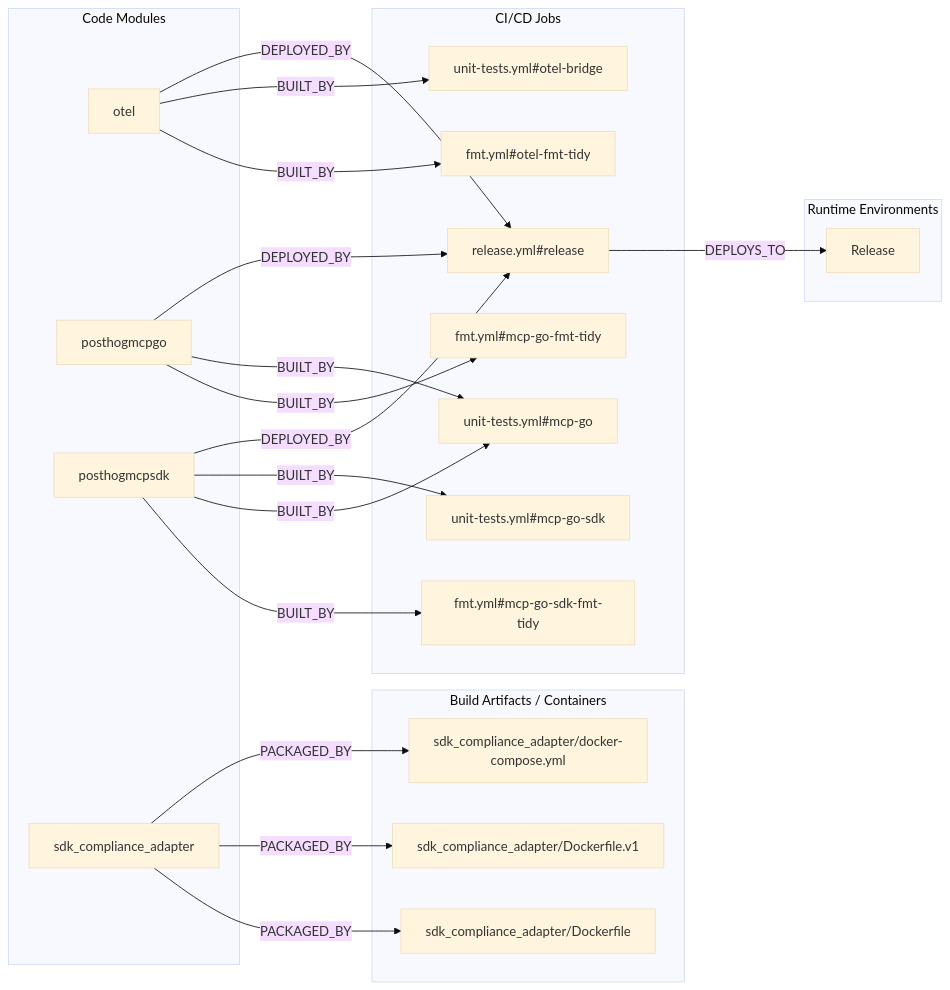
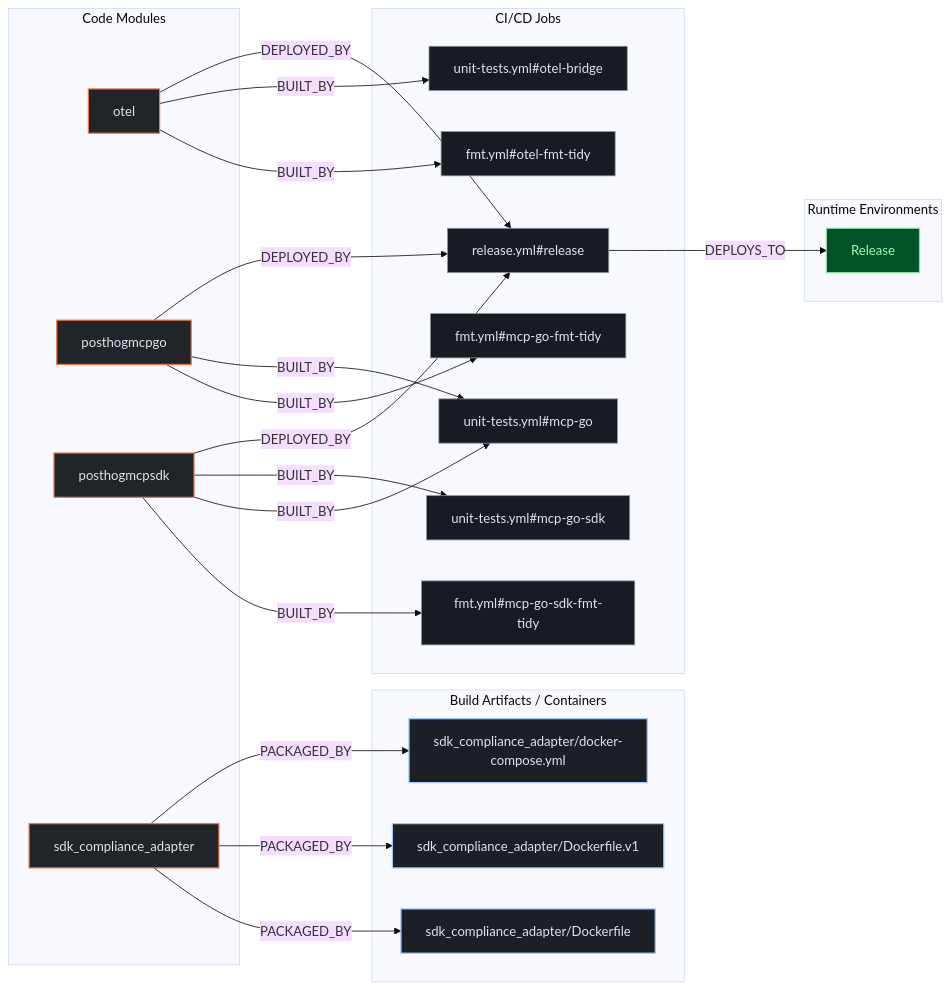
One commit to kumarshaz/atruss-code-atlas changed the second of 3 diagrams in exports/latest/reports/PostHog-posthog-go-report.md. Above: the diagram before and after it, drawn with Mermaid (base theme). The commit also changed other lines of this file and 331 other files, not shown here.

Commit message:
docs,ui,fix: update SDLC docs, reorder CI/CD DAG first, stylize Mermaid, and fix Arc42 pipeline topology

````diff
--- a/exports/latest/reports/PostHog-posthog-go-report.md
+++ b/exports/latest/reports/PostHog-posthog-go-report.md
@@ -204,40 +211,44 @@
 ```mermaid
 flowchart LR
+    classDef atlasCategory fill:#212428,stroke:#E87A48,stroke-width:1.5px,color:#dfe3eb
+    classDef atlasWorkflow fill:#1b2026,stroke:#a3c9ff,stroke-width:1.5px,color:#dfe3eb
+    classDef atlasJob fill:#171c22,stroke:#8d9199,stroke-width:1px,color:#dfe3eb
+    classDef atlasTarget fill:#005227,stroke:#8bd99b,stroke-width:1.5px,color:#a7f6b6
     subgraph code_modules["Code Modules"]
-        mod_otel["otel"]
-        mod_posthogmcpgo["posthogmcpgo"]
-        mod_posthogmcpsdk["posthogmcpsdk"]
-        mod_sdk_compliance_adapter["sdk_compliance_adapter"]
+        mod_otel["otel"]:::atlasCategory
+        mod_posthogmcpgo["posthogmcpgo"]:::atlasCategory
+        mod_posthogmcpsdk["posthogmcpsdk"]:::atlasCategory
+        mod_sdk_compliance_adapter["sdk_compliance_adapter"]:::atlasCategory
     end
     subgraph build_artifacts["Build Artifacts / Containers"]
-        art_sdk_compliance_adapter_Dockerfile["sdk_compliance_adapter/Dockerfile"]
-        art_sdk_compliance_adapter_Dockerfile_v1["sdk_compliance_adapter/Dockerfile.v1"]
-        art_sdk_compliance_adapter_docker_compose_yml["sdk_compliance_adapter/docker-compose.yml"]
+        art_sdk_compliance_adapter_Dockerfile["sdk_compliance_adapter/Dockerfile"]:::atlasWorkflow
+        art_sdk_compliance_adapter_Dockerfile_v1["sdk_compliance_adapter/Dockerfile.v1"]:::atlasWorkflow
+        art_sdk_compliance_adapter_docker_compose_yml["sdk_compliance_adapter/docker-compose.yml"]:::atlasWorkflow
     end
     subgraph ci_jobs["CI/CD Jobs"]
-        job_fmt_yml_mcp_go_fmt_tidy["fmt.yml#mcp-go-fmt-tidy"]
-        job_fmt_yml_mcp_go_sdk_fmt_tidy["fmt.yml#mcp-go-sdk-fmt-tidy"]
-        job_fmt_yml_otel_fmt_tidy["fmt.yml#otel-fmt-tidy"]
-        job_release_yml_release["release.yml#release"]
-        job_unit_tests_yml_mcp_go["unit-tests.yml#mcp-go"]
-        job_unit_tests_yml_mcp_go_sdk["unit-tests.yml#mcp-go-sdk"]
-        job_unit_tests_yml_otel_bridge["unit-tests.yml#otel-bridge"]
+        job_fmt_yml_mcp_go_fmt_tidy["fmt.yml#mcp-go-fmt-tidy"]:::atlasJob
+        job_fmt_yml_mcp_go_sdk_fmt_tidy["fmt.yml#mcp-go-sdk-fmt-tidy"]:::atlasJob
+        job_fmt_yml_otel_fmt_tidy["fmt.yml#otel-fmt-tidy"]:::atlasJob
+        job_release_yml_release["release.yml#release"]:::atlasJob
+        job_unit_tests_yml_mcp_go["unit-tests.yml#mcp-go"]:::atlasJob
+        job_unit_tests_yml_mcp_go_sdk["unit-tests.yml#mcp-go-sdk"]:::atlasJob
+        job_unit_tests_yml_otel_bridge["unit-tests.yml#otel-bridge"]:::atlasJob
     end
     subgraph runtime_envs["Runtime Environments"]
-        env_Release["Release"]
+        env_Release["Release"]:::atlasTarget
     end
     job_release_yml_release -->|DEPLOYS_TO| env_Release
     mod_otel -->|BUILT_BY| job_fmt_yml_otel_fmt_tidy
     mod_otel -->|BUILT_BY| job_unit_tests_yml_otel_bridge
     mod_otel -->|DEPLOYED_BY| job_release_yml_release
     mod_posthogmcpgo -->|BUILT_BY| job_fmt_yml_mcp_go_fmt_tidy
     mod_posthogmcpgo -->|BUILT_BY| job_unit_tests_yml_mcp_go
     mod_posthogmcpgo -->|DEPLOYED_BY| job_release_yml_release
     mod_posthogmcpsdk -->|BUILT_BY| job_fmt_yml_mcp_go_sdk_fmt_tidy
     mod_posthogmcpsdk -->|BUILT_BY| job_unit_tests_yml_mcp_go
     mod_posthogmcpsdk -->|BUILT_BY| job_unit_tests_yml_mcp_go_sdk
     mod_posthogmcpsdk -->|DEPLOYED_BY| job_release_yml_release
     mod_sdk_compliance_adapter -->|PACKAGED_BY| art_sdk_compliance_adapter_Dockerfile
     mod_sdk_compliance_adapter -->|PACKAGED_BY| art_sdk_compliance_adapter_Dockerfile_v1
     mod_sdk_compliance_adapter -->|PACKAGED_BY| art_sdk_compliance_adapter_docker_compose_yml
 ```
````
